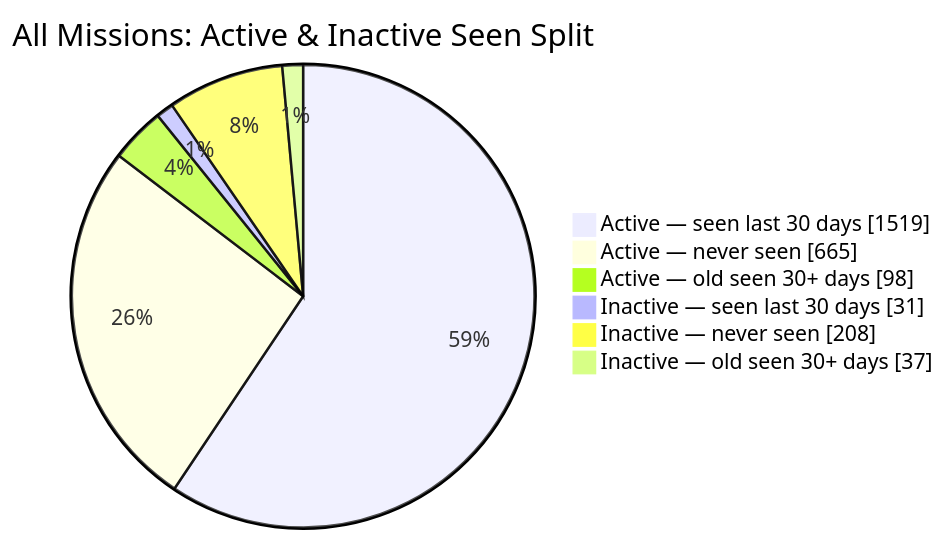
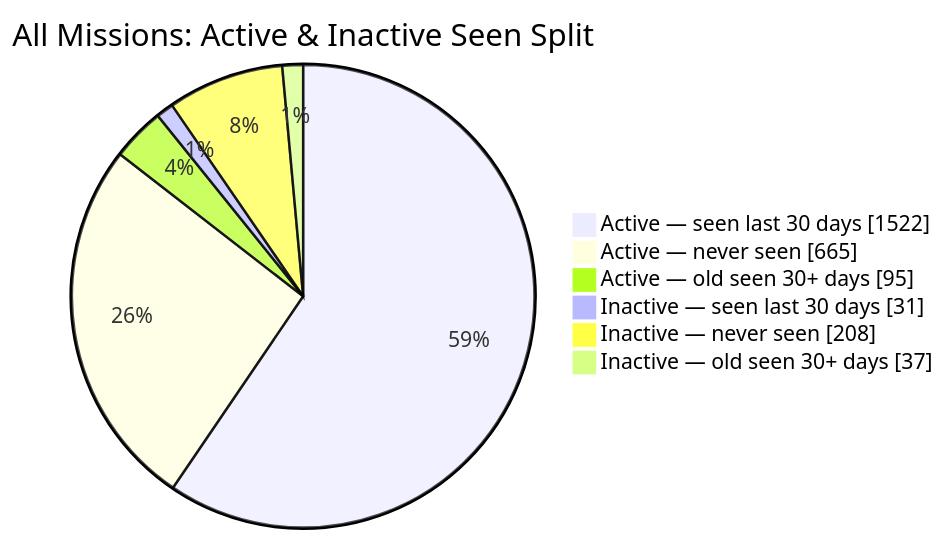
The second of 2 diagrams in README.md (MeldkamerspelGameTeam/active-missions), drawn with Mermaid before and after one commit. The commit also changed other lines of this file and 2 other files, not shown here.

````diff
--- a/README.md
+++ b/README.md
@@ -44,10 +44,10 @@
 ```mermaid
 pie showData
     title All Missions: Active & Inactive Seen Split
-    "Active — seen last 30 days" : 1519
+    "Active — seen last 30 days" : 1522
     "Active — never seen" : 665
-    "Active — old seen 30+ days" : 98
+    "Active — old seen 30+ days" : 95
     "Inactive — seen last 30 days" : 31
     "Inactive — never seen" : 208
     "Inactive — old seen 30+ days" : 37
 ```
````
